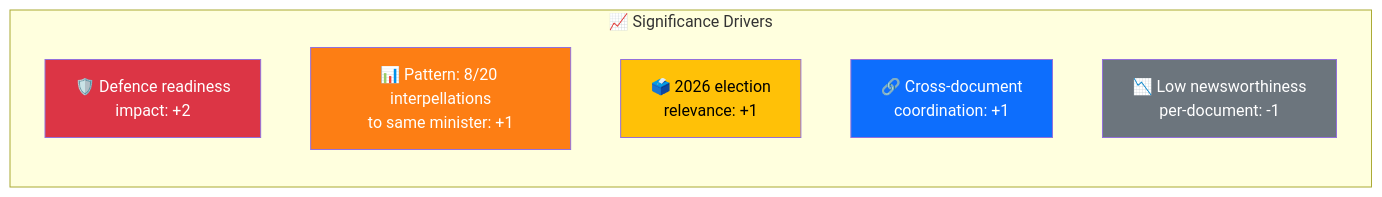
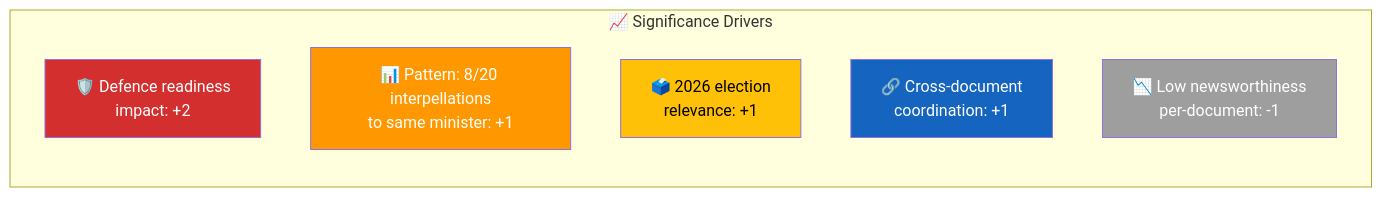
Before and after one commit to Hack23/riksdagsmonitor: the diagram in analysis/daily/2026-03-31/interpellations/significance-scoring.md, drawn with Mermaid. The commit also changed 785 other files, not shown here.

First line of the commit message:
Normalize mermaid colors across 786 analysis artifacts to ISMS Style Guide palette

````diff
--- a/analysis/daily/2026-03-31/interpellations/significance-scoring.md
+++ b/analysis/daily/2026-03-31/interpellations/significance-scoring.md
@@ -23,16 +23,16 @@
 ```mermaid
 graph LR
     subgraph "📈 Significance Drivers"
         F1["🛡️ Defence readiness<br/>impact: +2"]
         F2["📊 Pattern: 8/20 interpellations<br/>to same minister: +1"]
         F3["🗳️ 2026 election<br/>relevance: +1"]
         F4["🔗 Cross-document<br/>coordination: +1"]
         F5["📉 Low newsworthiness<br/>per-document: -1"]
     end
 
-    style F1 fill:#dc3545,color:#fff
-    style F2 fill:#fd7e14,color:#fff
-    style F3 fill:#ffc107,color:#000
-    style F4 fill:#0d6efd,color:#fff
-    style F5 fill:#6c757d,color:#fff
+    style F1 fill:#D32F2F,color:#FFFFFF
+    style F2 fill:#FF9800,color:#FFFFFF
+    style F3 fill:#FFC107,color:#000000
+    style F4 fill:#1565C0,color:#FFFFFF
+    style F5 fill:#9E9E9E,color:#FFFFFF
 ```
````
